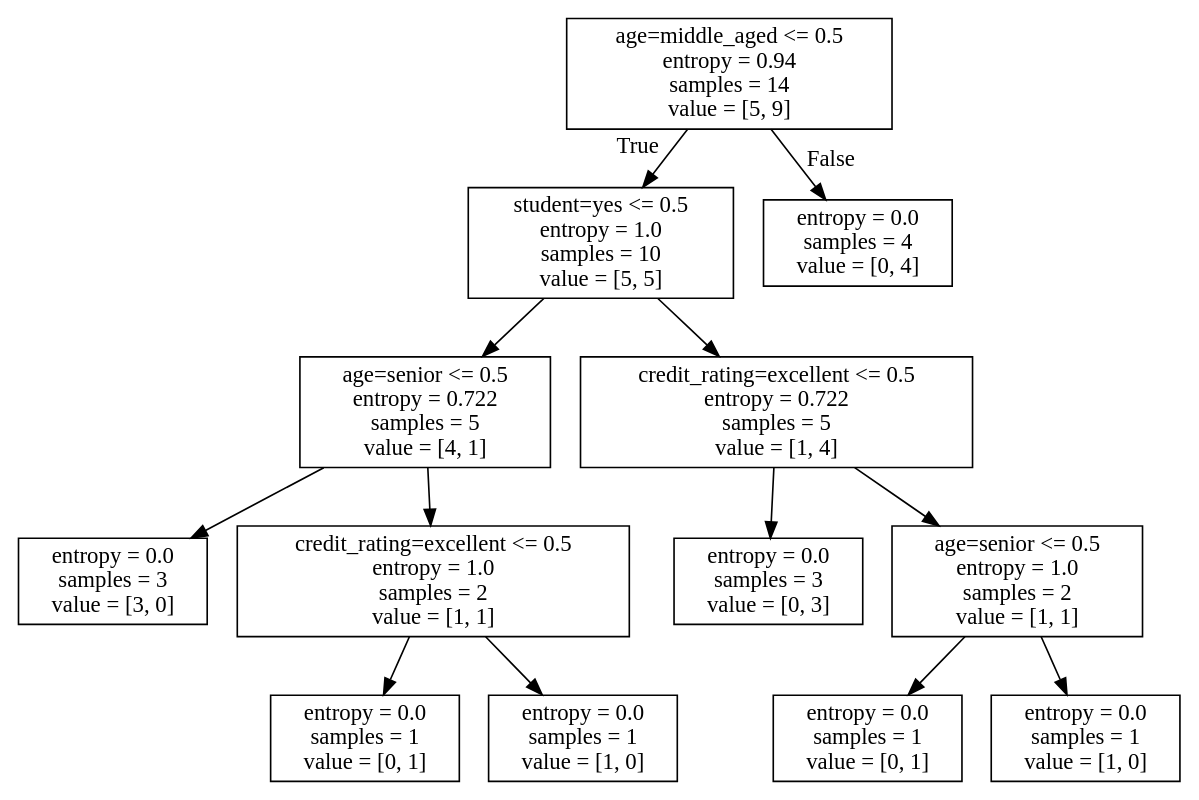
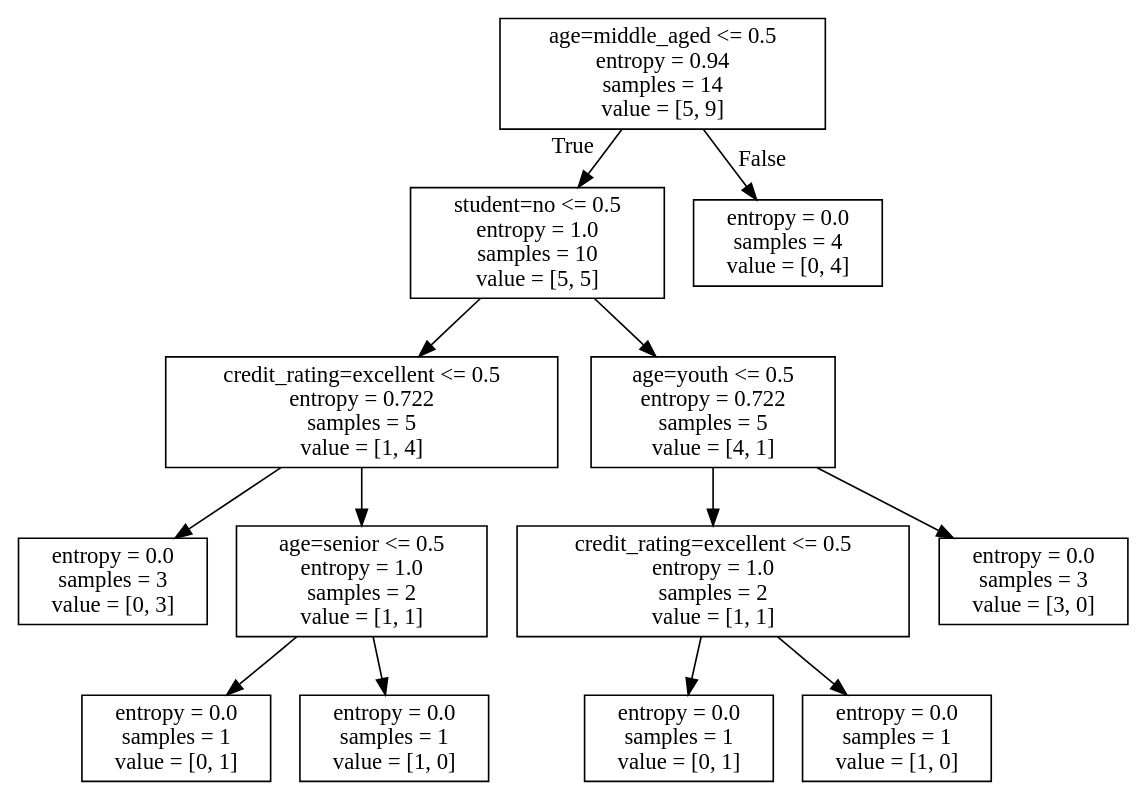
The diagram in DecisionTree/allElectronicInformationGainOri.dot (sky0566/DeepLearningBasicsMachineLearning), drawn with Graphviz before and after one commit. The commit also changed 2 other files, not shown here.

```diff
--- a/DecisionTree/allElectronicInformationGainOri.dot
+++ b/DecisionTree/allElectronicInformationGainOri.dot
@@ -1,28 +1,28 @@
 digraph Tree {
 node [shape=box] ;
 0 [label="age=middle_aged <= 0.5\nentropy = 0.94\nsamples = 14\nvalue = [5, 9]"] ;
-1 [label="student=yes <= 0.5\nentropy = 1.0\nsamples = 10\nvalue = [5, 5]"] ;
+1 [label="student=no <= 0.5\nentropy = 1.0\nsamples = 10\nvalue = [5, 5]"] ;
 0 -> 1 [labeldistance=2.5, labelangle=45, headlabel="True"] ;
-2 [label="age=senior <= 0.5\nentropy = 0.722\nsamples = 5\nvalue = [4, 1]"] ;
+2 [label="credit_rating=excellent <= 0.5\nentropy = 0.722\nsamples = 5\nvalue = [1, 4]"] ;
 1 -> 2 ;
-3 [label="entropy = 0.0\nsamples = 3\nvalue = [3, 0]"] ;
+3 [label="entropy = 0.0\nsamples = 3\nvalue = [0, 3]"] ;
 2 -> 3 ;
-4 [label="credit_rating=excellent <= 0.5\nentropy = 1.0\nsamples = 2\nvalue = [1, 1]"] ;
+4 [label="age=senior <= 0.5\nentropy = 1.0\nsamples = 2\nvalue = [1, 1]"] ;
 2 -> 4 ;
 5 [label="entropy = 0.0\nsamples = 1\nvalue = [0, 1]"] ;
 4 -> 5 ;
 6 [label="entropy = 0.0\nsamples = 1\nvalue = [1, 0]"] ;
 4 -> 6 ;
-7 [label="credit_rating=excellent <= 0.5\nentropy = 0.722\nsamples = 5\nvalue = [1, 4]"] ;
+7 [label="age=youth <= 0.5\nentropy = 0.722\nsamples = 5\nvalue = [4, 1]"] ;
 1 -> 7 ;
-8 [label="entropy = 0.0\nsamples = 3\nvalue = [0, 3]"] ;
+8 [label="credit_rating=excellent <= 0.5\nentropy = 1.0\nsamples = 2\nvalue = [1, 1]"] ;
 7 -> 8 ;
-9 [label="age=senior <= 0.5\nentropy = 1.0\nsamples = 2\nvalue = [1, 1]"] ;
-7 -> 9 ;
-10 [label="entropy = 0.0\nsamples = 1\nvalue = [0, 1]"] ;
-9 -> 10 ;
-11 [label="entropy = 0.0\nsamples = 1\nvalue = [1, 0]"] ;
-9 -> 11 ;
+9 [label="entropy = 0.0\nsamples = 1\nvalue = [0, 1]"] ;
+8 -> 9 ;
+10 [label="entropy = 0.0\nsamples = 1\nvalue = [1, 0]"] ;
+8 -> 10 ;
+11 [label="entropy = 0.0\nsamples = 3\nvalue = [3, 0]"] ;
+7 -> 11 ;
 12 [label="entropy = 0.0\nsamples = 4\nvalue = [0, 4]"] ;
 0 -> 12 [labeldistance=2.5, labelangle=-45, headlabel="False"] ;
 }
```
